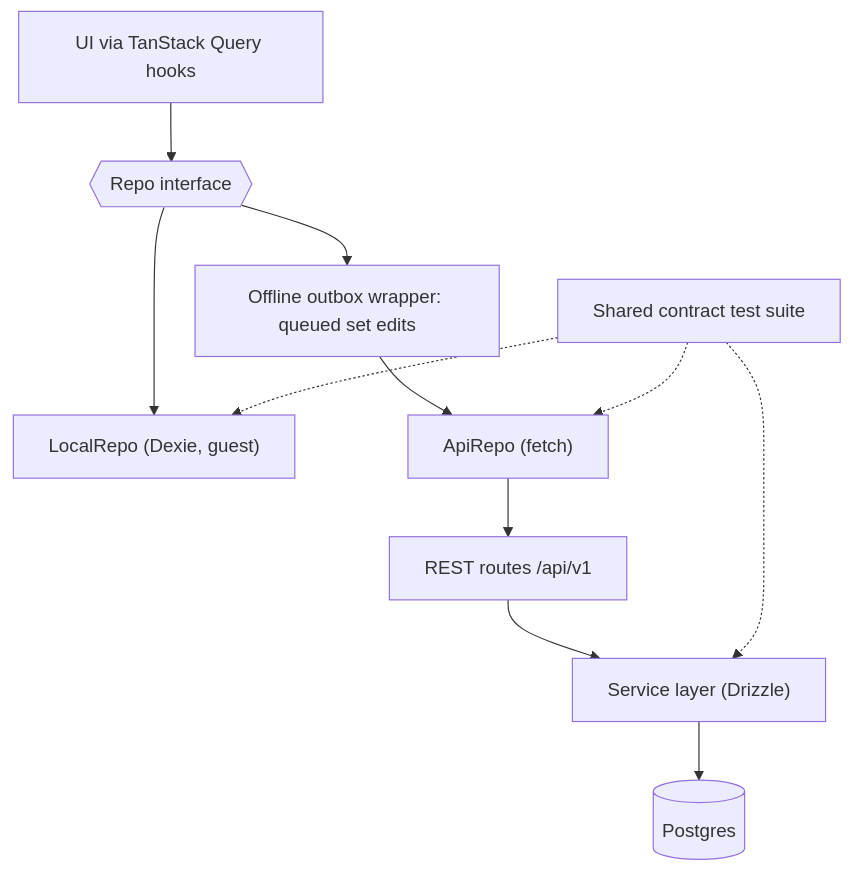
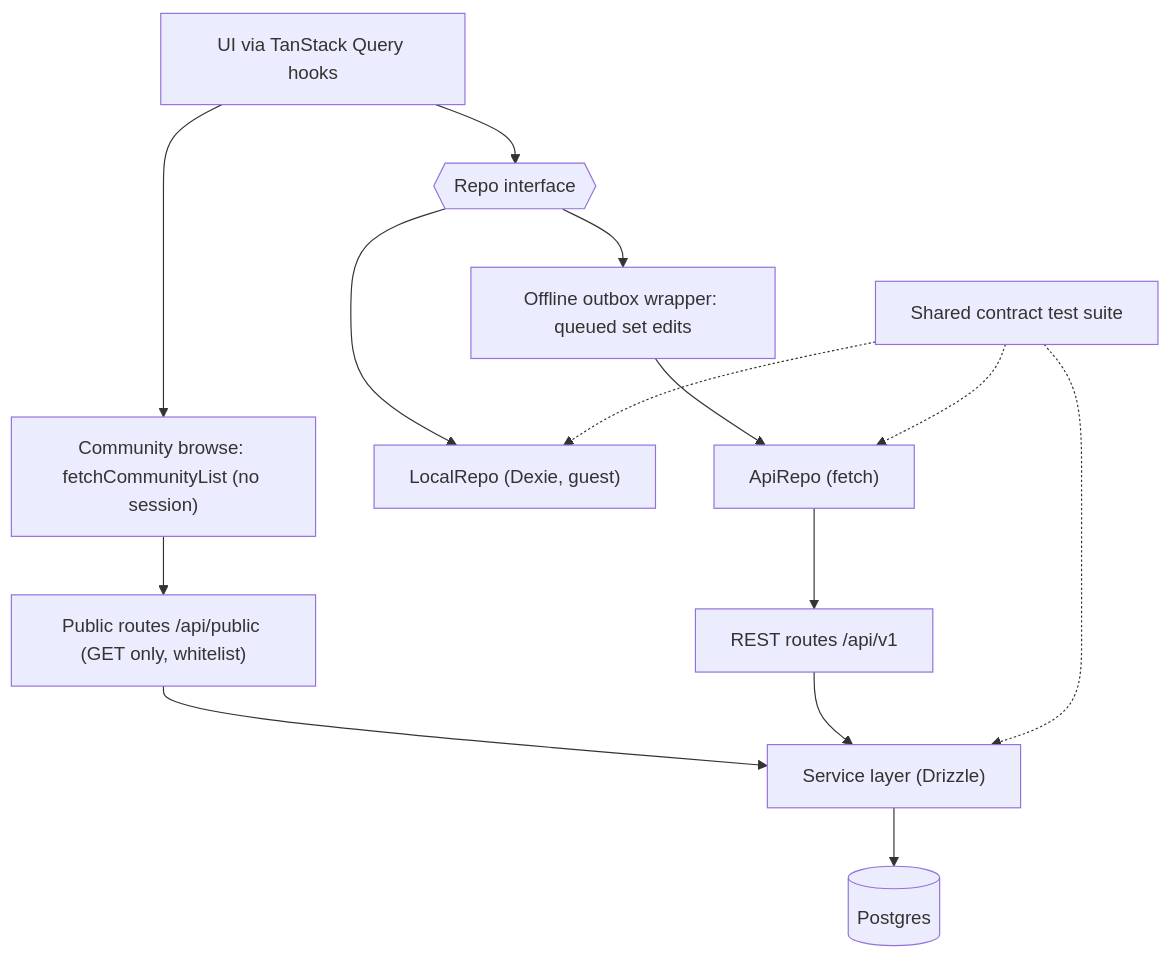
One commit to the3venthoriz0n/workout-tracker changed the third of 4 diagrams in docs/architecture.md. Above: the diagram before and after it, drawn with Mermaid. The commit also changed other lines of this file and 7 other files, not shown here.

````diff
--- a/docs/architecture.md
+++ b/docs/architecture.md
@@ -43,13 +42,16 @@
 ```mermaid
 flowchart TD
   ui["UI via TanStack Query hooks"] --> repo{{"Repo interface"}}
+  ui --> community
   repo --> local["LocalRepo (Dexie, guest)"]
   repo --> outbox["Offline outbox wrapper: queued set edits"]
   outbox --> apirepo["ApiRepo (fetch)"]
   apirepo --> routes["REST routes /api/v1"]
+  community["Community browse: fetchCommunityList (no session)"] --> publicroutes["Public routes /api/public (GET only, whitelist)"]
+  publicroutes --> service
   routes --> service["Service layer (Drizzle)"]
   service --> pg[("Postgres")]
   contract["Shared contract test suite"] -.-> local
   contract -.-> apirepo
   contract -.-> service
 ```
````
